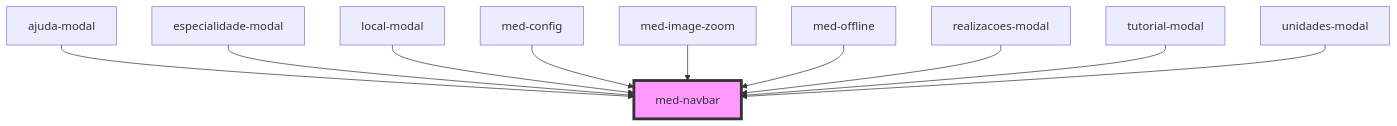
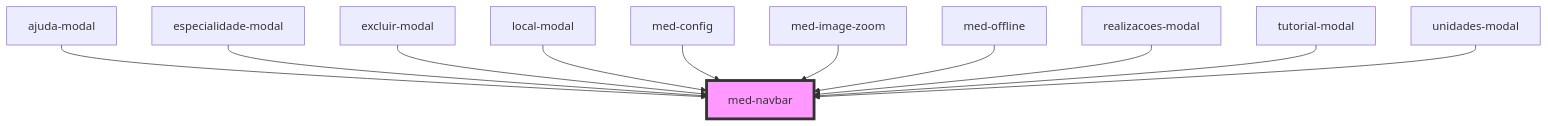
One commit to MEDGRUPOGIT/ionic-framework-1 changed the diagram in core/src/components/@templarios/compositions/med-navbar/readme.md. Above: the diagram before and after it, drawn with Mermaid. The commit also changed other lines of this file and 19 other files, not shown here.

````diff
--- a/core/src/components/@templarios/compositions/med-navbar/readme.md
+++ b/core/src/components/@templarios/compositions/med-navbar/readme.md
@@ -31,13 +32,14 @@
 ```mermaid
 graph TD;
   ajuda-modal --> med-navbar
   especialidade-modal --> med-navbar
+  excluir-modal --> med-navbar
   local-modal --> med-navbar
   med-config --> med-navbar
   med-image-zoom --> med-navbar
   med-offline --> med-navbar
   realizacoes-modal --> med-navbar
   tutorial-modal --> med-navbar
   unidades-modal --> med-navbar
   style med-navbar fill:#f9f,stroke:#333,stroke-width:4px
 ```
````
